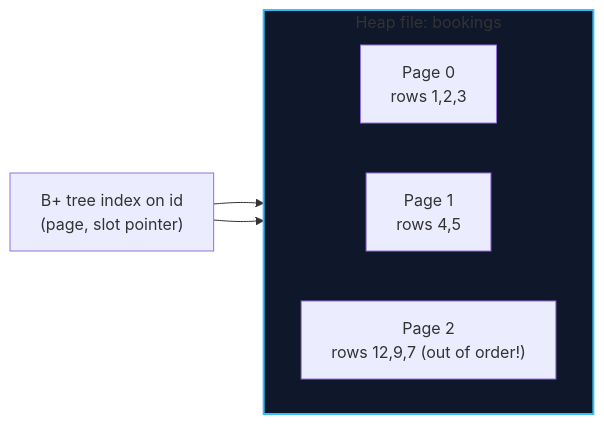
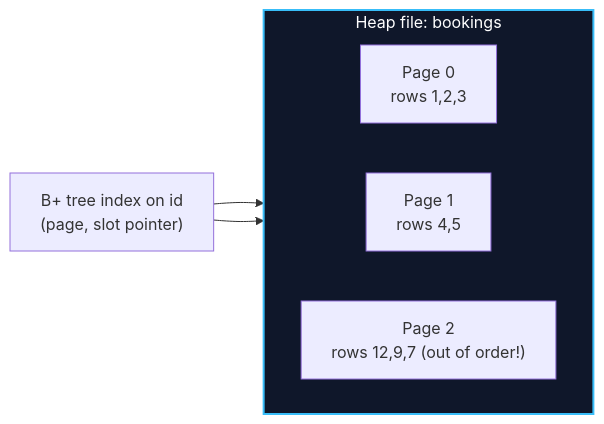
Before and after one commit to 1345AbhishekKumar/cs-cookbook: the second of 3 diagrams in content/docs/databases-sql/02-indexing-and-query-tuning/01-storage-engines-and-pages.mdx, drawn with Mermaid. The commit also changed other lines of this file and 80 other files, not shown here.

````diff
--- a/content/docs/databases-sql/02-indexing-and-query-tuning/01-storage-engines-and-pages.mdx
+++ b/content/docs/databases-sql/02-indexing-and-query-tuning/01-storage-engines-and-pages.mdx
@@ -101,13 +101,13 @@
 ```mermaid
 flowchart LR
     subgraph Heap["Heap file: bookings"]
         direction LR
         HP0["Page 0<br/>rows 1,2,3"]
         HP1["Page 1<br/>rows 4,5"]
         HP2["Page 2<br/>rows 12,9,7 (out of order!)"]
     end
     idx["B+ tree index on id<br/>(page, slot pointer)"] --> HP2
     idx --> HP0
 
-    style Heap fill:#0f172a,stroke:#38bdf8,stroke-width:2px
+    style Heap fill:#0f172a,stroke:#38bdf8,stroke-width:2px,color:#ffffff
 ```
````
